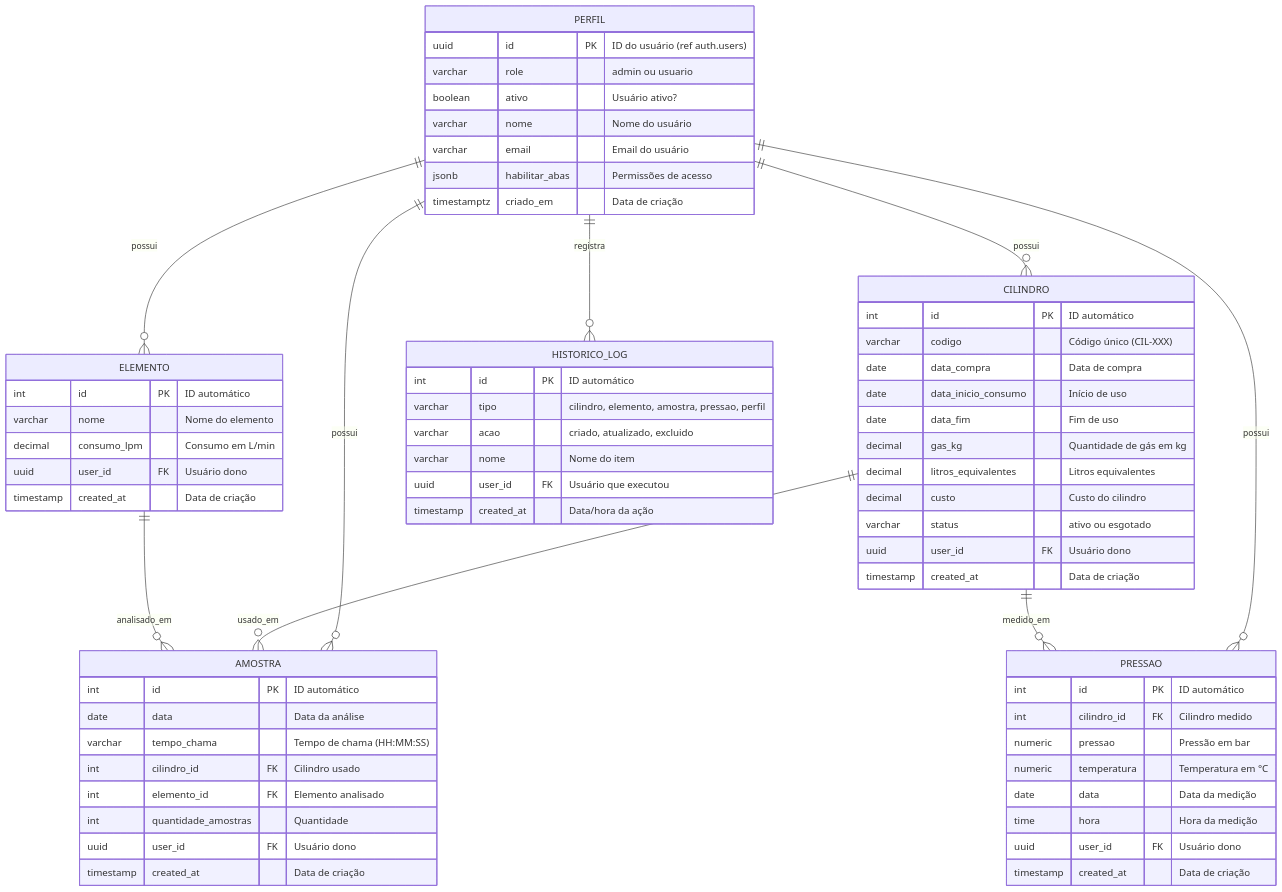
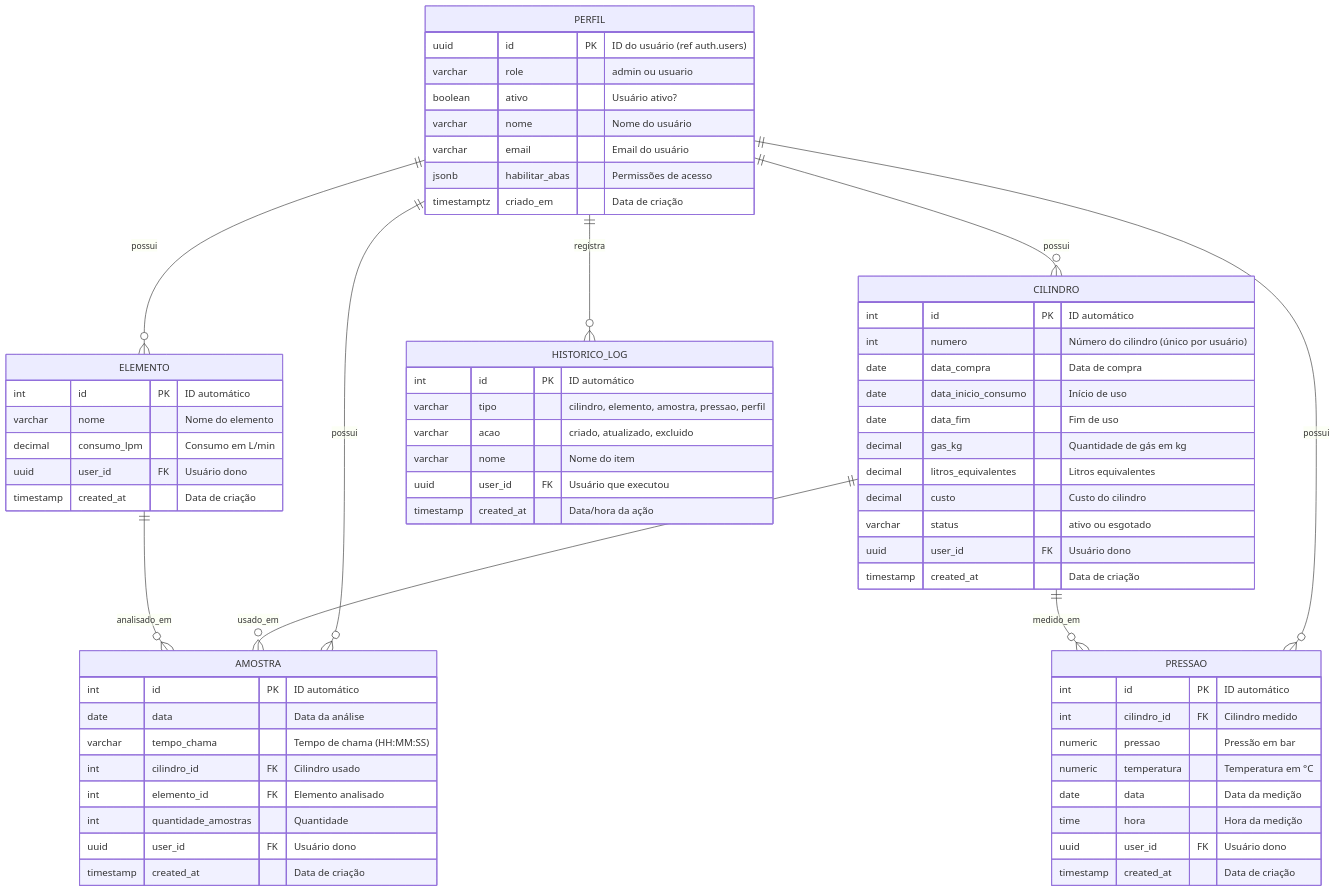
Before and after one commit to cavalcanteprofissional/labgas-manager: the third of 6 diagrams in README.MD, drawn with Mermaid. The commit also changed other lines of this file and 36 other files, not shown here.

First line of the commit message:
feat(filtros): Fases 78-81 — padroniza filtros server-side e cilindro por número (v2.20.0)

````diff
--- a/README.MD
+++ b/README.MD
@@ -323,75 +323,75 @@
 ```mermaid
 erDiagram
     PERFIL ||--o{ CILINDRO : "possui"
     PERFIL ||--o{ ELEMENTO : "possui"
     PERFIL ||--o{ AMOSTRA : "possui"
     PERFIL ||--o{ PRESSAO : "possui"
     PERFIL ||--o{ HISTORICO_LOG : "registra"
     
     CILINDRO ||--o{ AMOSTRA : "usado_em"
     CILINDRO ||--o{ PRESSAO : "medido_em"
     ELEMENTO ||--o{ AMOSTRA : "analisado_em"
 
     PERFIL {
         uuid id PK "ID do usuário (ref auth.users)"
         varchar role "admin ou usuario"
         boolean ativo "Usuário ativo?"
         varchar nome "Nome do usuário"
         varchar email "Email do usuário"
         jsonb habilitar_abas "Permissões de acesso"
         timestamptz criado_em "Data de criação"
     }
 
     CILINDRO {
         int id PK "ID automático"
-        varchar codigo "Código único (CIL-XXX)"
+        int numero "Número do cilindro (único por usuário)"
         date data_compra "Data de compra"
         date data_inicio_consumo "Início de uso"
         date data_fim "Fim de uso"
         decimal gas_kg "Quantidade de gás em kg"
         decimal litros_equivalentes "Litros equivalentes"
         decimal custo "Custo do cilindro"
         varchar status "ativo ou esgotado"
         uuid user_id FK "Usuário dono"
         timestamp created_at "Data de criação"
     }
 
     ELEMENTO {
         int id PK "ID automático"
         varchar nome "Nome do elemento"
         decimal consumo_lpm "Consumo em L/min"
         uuid user_id FK "Usuário dono"
         timestamp created_at "Data de criação"
     }
 
     AMOSTRA {
         int id PK "ID automático"
         date data "Data da análise"
         varchar tempo_chama "Tempo de chama (HH:MM:SS)"
         int cilindro_id FK "Cilindro usado"
         int elemento_id FK "Elemento analisado"
         int quantidade_amostras "Quantidade"
         uuid user_id FK "Usuário dono"
         timestamp created_at "Data de criação"
     }
 
     PRESSAO {
         int id PK "ID automático"
         int cilindro_id FK "Cilindro medido"
         numeric pressao "Pressão em bar"
         numeric temperatura "Temperatura em °C"
         date data "Data da medição"
         time hora "Hora da medição"
         uuid user_id FK "Usuário dono"
         timestamp created_at "Data de criação"
     }
 
     HISTORICO_LOG {
         int id PK "ID automático"
         varchar tipo "cilindro, elemento, amostra, pressao, perfil"
         varchar acao "criado, atualizado, excluido"
         varchar nome "Nome do item"
         uuid user_id FK "Usuário que executou"
         timestamp created_at "Data/hora da ação"
     }
 ```
````
